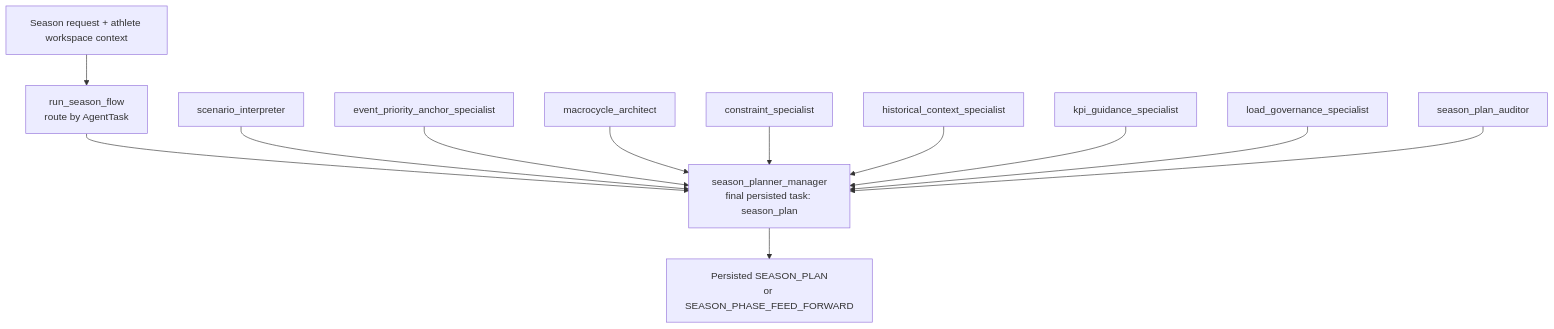
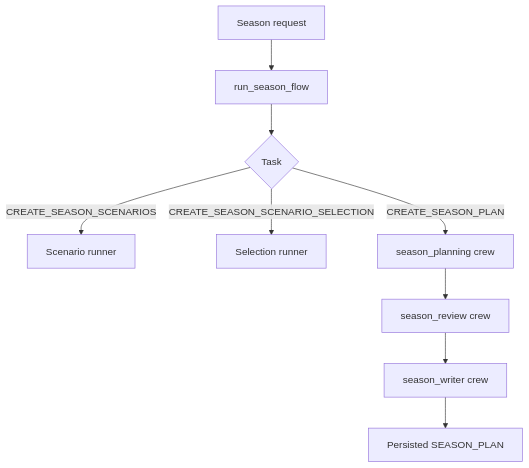
Before and after one commit to albauer-priv/RPS: the second of 6 diagrams in doc/architecture/crewai_flows.md, drawn with Mermaid. The commit also changed other lines of this file and 5 other files, not shown here.

Commit message:
docs: update crewai skills and planning architecture

````diff
--- a/doc/architecture/crewai_flows.md
+++ b/doc/architecture/crewai_flows.md
@@ -144,17 +75,11 @@
 ```mermaid
 flowchart TD
-  INPUT["Season request + athlete workspace context"] --> OUTER["run_season_flow
-route by AgentTask"]
-  OUTER --> MANAGER["season_planner_manager
-final persisted task: season_plan"]
-  SCENARIO["scenario_interpreter"] --> MANAGER
-  EVENTS["event_priority_anchor_specialist"] --> MANAGER
-  MACRO["macrocycle_architect"] --> MANAGER
-  CONSTRAINTS["constraint_specialist"] --> MANAGER
-  HISTORY["historical_context_specialist"] --> MANAGER
-  KPI["kpi_guidance_specialist"] --> MANAGER
-  LOAD["load_governance_specialist"] --> MANAGER
-  AUDIT["season_plan_auditor"] --> MANAGER
-  MANAGER --> OUTPUT["Persisted SEASON_PLAN
-or SEASON_PHASE_FEED_FORWARD"]
+  INPUT["Season request"] --> OUTER["run_season_flow"]
+  OUTER --> ROUTE{"Task"}
+  ROUTE -->|CREATE_SEASON_SCENARIOS| SCEN["Scenario runner"]
+  ROUTE -->|CREATE_SEASON_SCENARIO_SELECTION| SEL["Selection runner"]
+  ROUTE -->|CREATE_SEASON_PLAN| PLAN["season_planning crew"]
+  PLAN --> REVIEW["season_review crew"]
+  REVIEW --> WRITER["season_writer crew"]
+  WRITER --> OUTPUT["Persisted SEASON_PLAN"]
 ```
````
